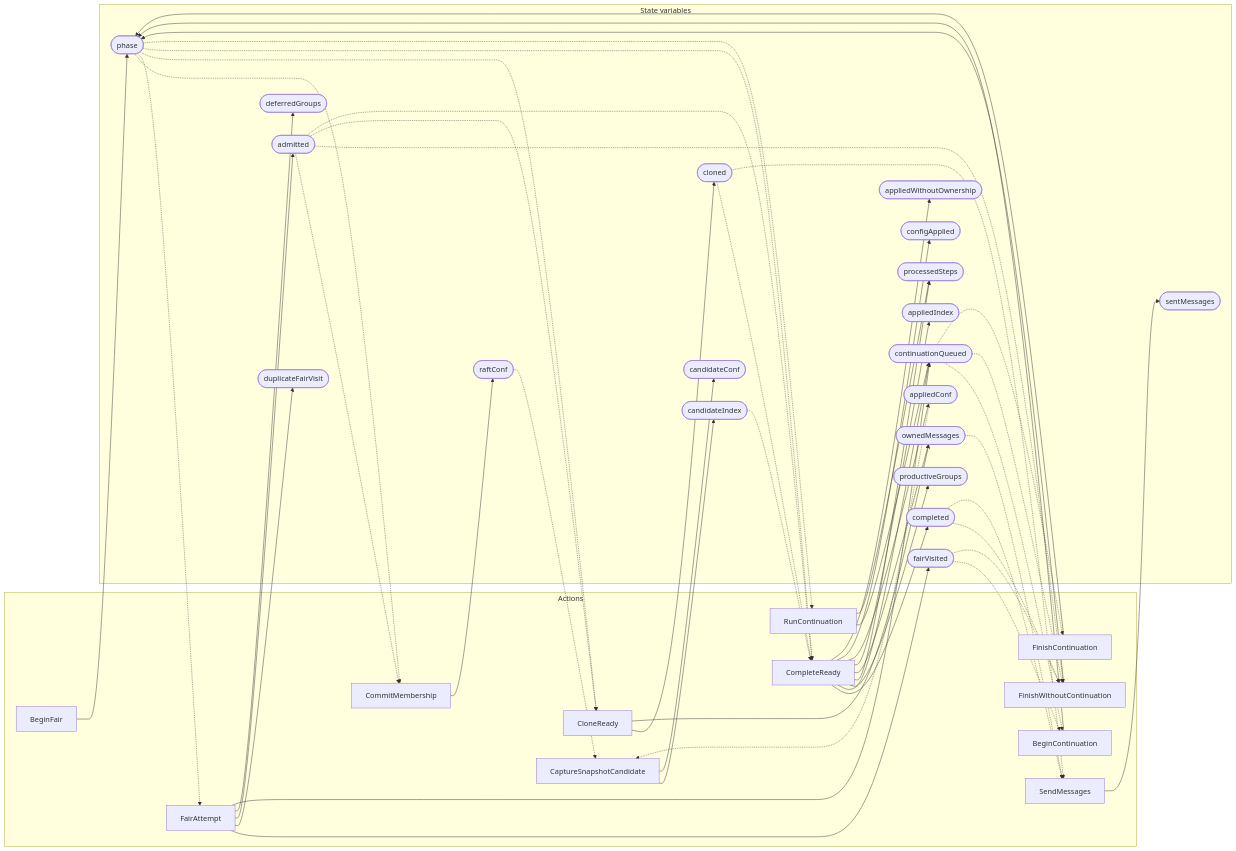
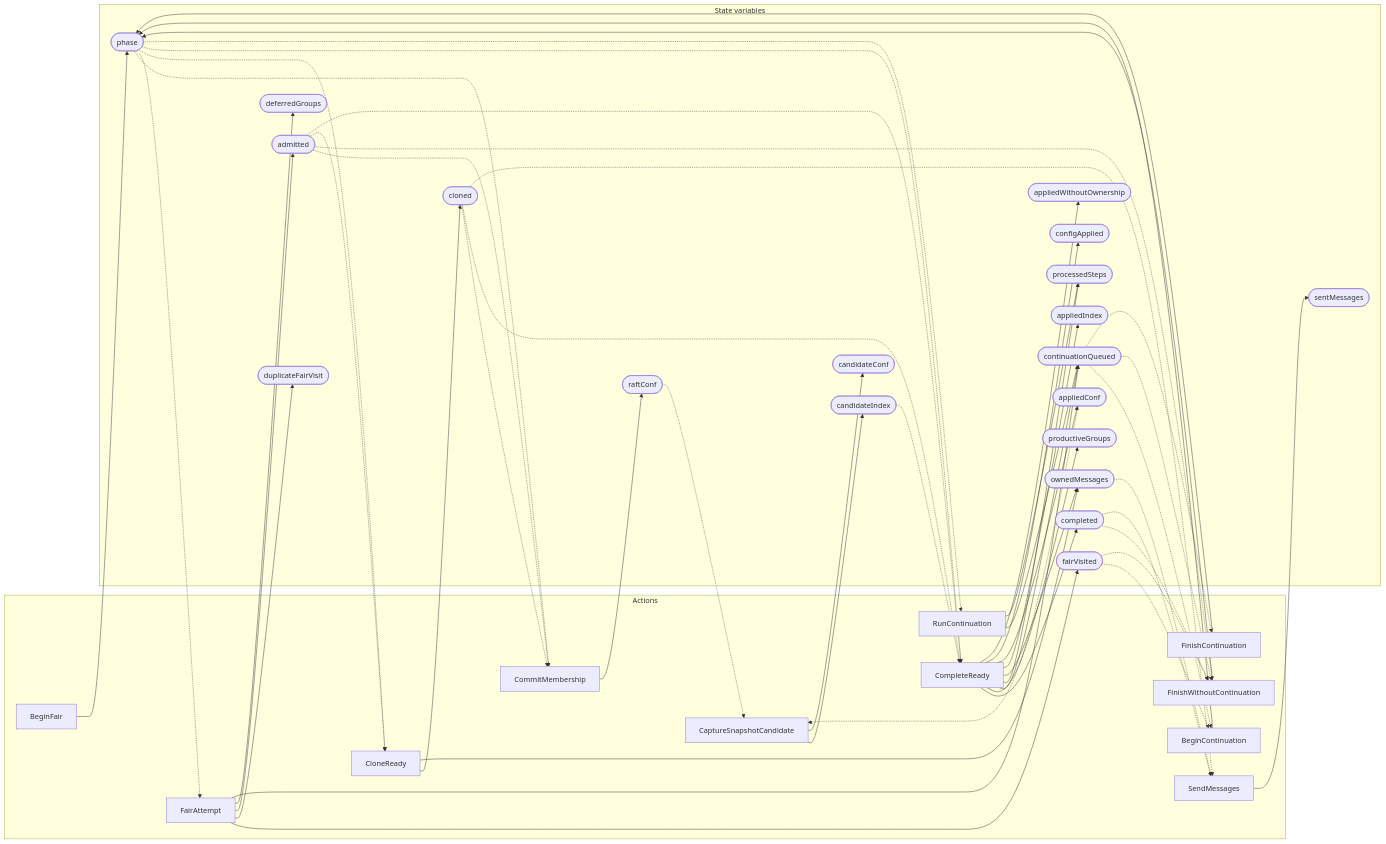
The second of 2 diagrams in zig/specs/tla/diagrams/raft/AntflyRaftReadyPipeline.md (dovinmu/antfly), drawn with Mermaid before and after one commit. The commit also changed other lines of this file and 27 other files, not shown here.

````diff
--- a/zig/specs/tla/diagrams/raft/AntflyRaftReadyPipeline.md
+++ b/zig/specs/tla/diagrams/raft/AntflyRaftReadyPipeline.md
@@ -63,16 +63,16 @@
     subgraph state["State variables"]
         v0([phase])
         v1([admitted])
-        v2([raftConf])
-        v3([appliedConf])
-        v4([candidateIndex])
-        v5([candidateConf])
-        v6([fairVisited])
-        v7([continuationQueued])
-        v8([completed])
-        v9([duplicateFairVisit])
-        v10([deferredGroups])
-        v11([cloned])
+        v2([cloned])
+        v3([raftConf])
+        v4([appliedConf])
+        v5([candidateIndex])
+        v6([candidateConf])
+        v7([fairVisited])
+        v8([continuationQueued])
+        v9([completed])
+        v10([duplicateFairVisit])
+        v11([deferredGroups])
         v12([ownedMessages])
         v13([productiveGroups])
         v14([processedSteps])
@@ -82,51 +82,52 @@
         v18([sentMessages])
     end
     a0 --> v0
-    a1 --> v2
+    a1 --> v3
     v0 -.-> a1
     v1 -.-> a1
-    a2 --> v4
+    v2 -.-> a1
     a2 --> v5
-    v2 -.-> a2
+    a2 --> v6
     v3 -.-> a2
+    v4 -.-> a2
     a3 --> v0
-    v6 -.-> a3
     v7 -.-> a3
+    v8 -.-> a3
     a4 --> v0
-    v6 -.-> a4
+    v7 -.-> a4
     v1 -.-> a4
+    v9 -.-> a4
     v8 -.-> a4
-    v7 -.-> a4
     a5 --> v0
-    v7 -.-> a5
-    a6 --> v6
-    a6 --> v9
+    v8 -.-> a5
+    a6 --> v7
+    a6 --> v10
     a6 --> v1
-    a6 --> v10
-    a6 --> v7
+    a6 --> v11
+    a6 --> v8
     v0 -.-> a6
-    a7 --> v11
+    a7 --> v2
     a7 --> v12
     v0 -.-> a7
     v1 -.-> a7
+    a8 --> v9
+    a8 --> v13
     a8 --> v8
-    a8 --> v13
-    a8 --> v7
     a8 --> v14
     a8 --> v12
     a8 --> v15
-    a8 --> v3
+    a8 --> v4
     a8 --> v16
     a8 --> v17
     v0 -.-> a8
     v1 -.-> a8
-    v11 -.-> a8
-    v4 -.-> a8
+    v2 -.-> a8
+    v5 -.-> a8
     a9 --> v18
-    v11 -.-> a9
-    v8 -.-> a9
+    v2 -.-> a9
+    v9 -.-> a9
     v12 -.-> a9
-    a10 --> v7
+    a10 --> v8
     a10 --> v14
     v0 -.-> a10
 ```
````
